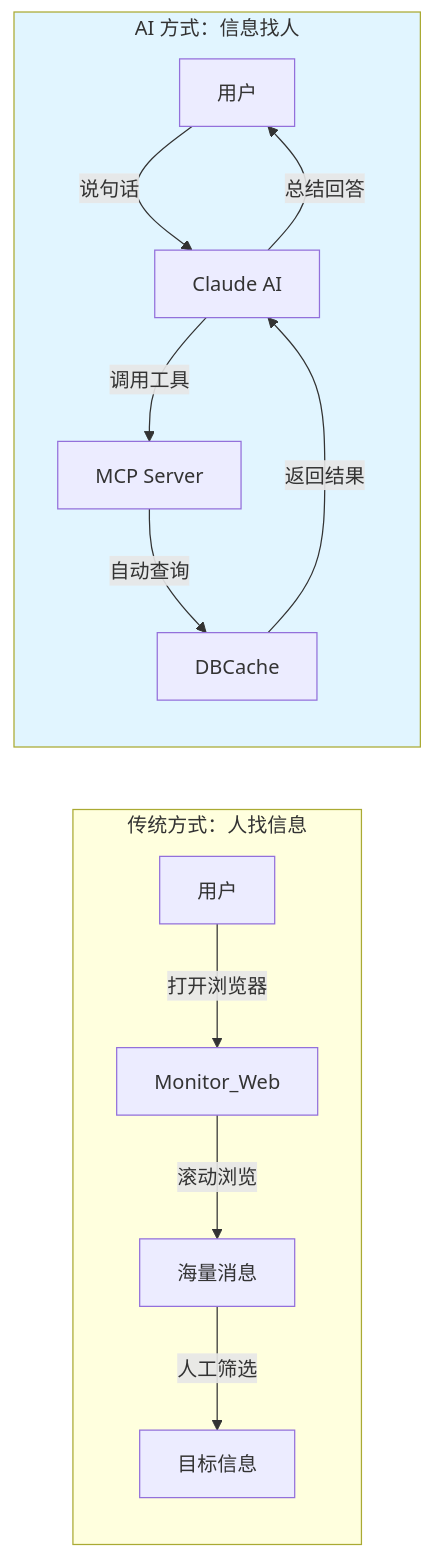
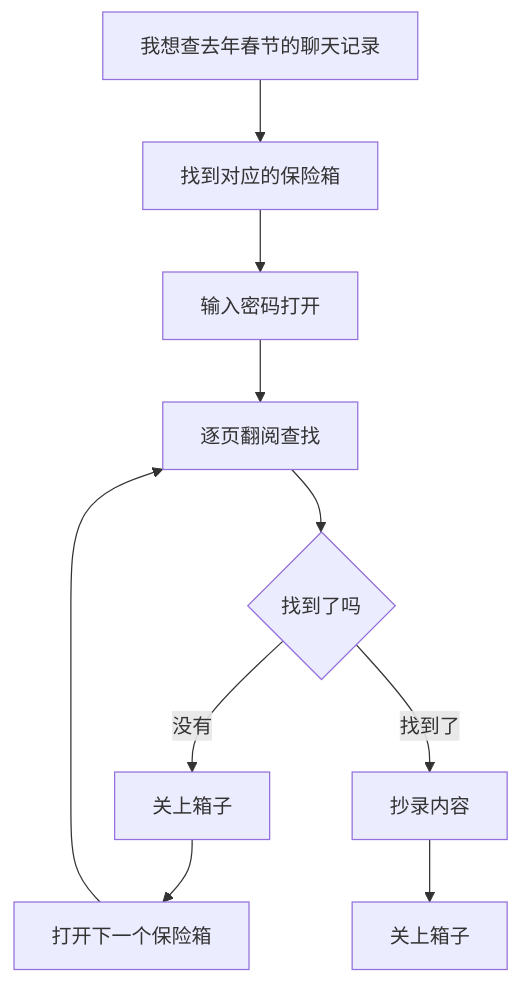
One commit to nerdneilsfield/code-wiki-pages changed the first of 8 diagrams in public/wechat-decrypt/guide-beginners-guide-ai-integration.md. Above: the diagram before and after it, drawn with Mermaid. The commit also changed other lines of this file and 30 other files, not shown here.

````diff
--- a/public/wechat-decrypt/guide-beginners-guide-ai-integration.md
+++ b/public/wechat-decrypt/guide-beginners-guide-ai-integration.md
@@ -18,18 +11,12 @@
 ```mermaid
-flowchart LR
-    subgraph 传统方式["传统方式：人找信息"]
-        A[用户] -->|打开浏览器| B[Monitor_Web]
-        B -->|滚动浏览| C[海量消息]
-        C -->|人工筛选| D[目标信息]
-    end
-    
-    subgraph AI方式["AI 方式：信息找人"]
-        E[用户] -->|"说句话"| F[Claude AI]
-        F -->|调用工具| G[MCP Server]
-        G -->|自动查询| H[DBCache]
-        H -->|返回结果| F
-        F -->|总结回答| E
-    end
-    
-    style AI方式 fill:#e1f5ff
+flowchart TD
+    A[我想查去年春节的聊天记录] --> B[找到对应的保险箱]
+    B --> C[输入密码打开]
+    C --> D[逐页翻阅查找]
+    D --> E{找到了吗}
+    E -->|没有| F[关上箱子]
+    F --> G[打开下一个保险箱]
+    G --> D
+    E -->|找到了| H[抄录内容]
+    H --> I[关上箱子]
 ```
````
